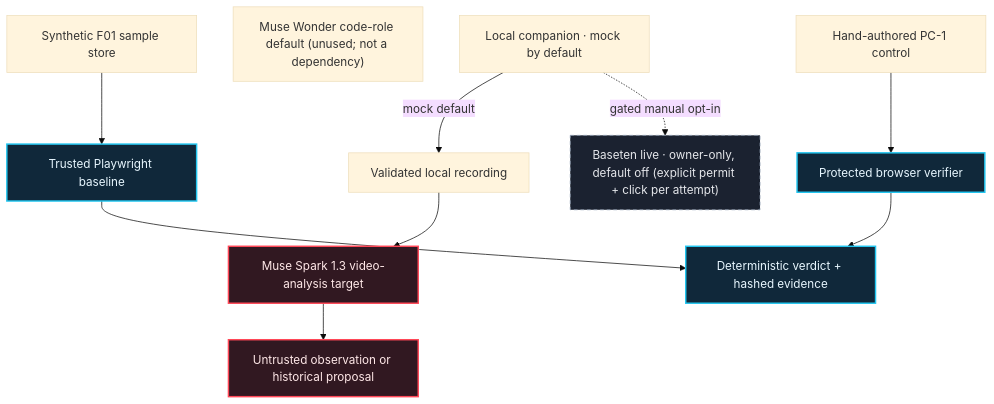
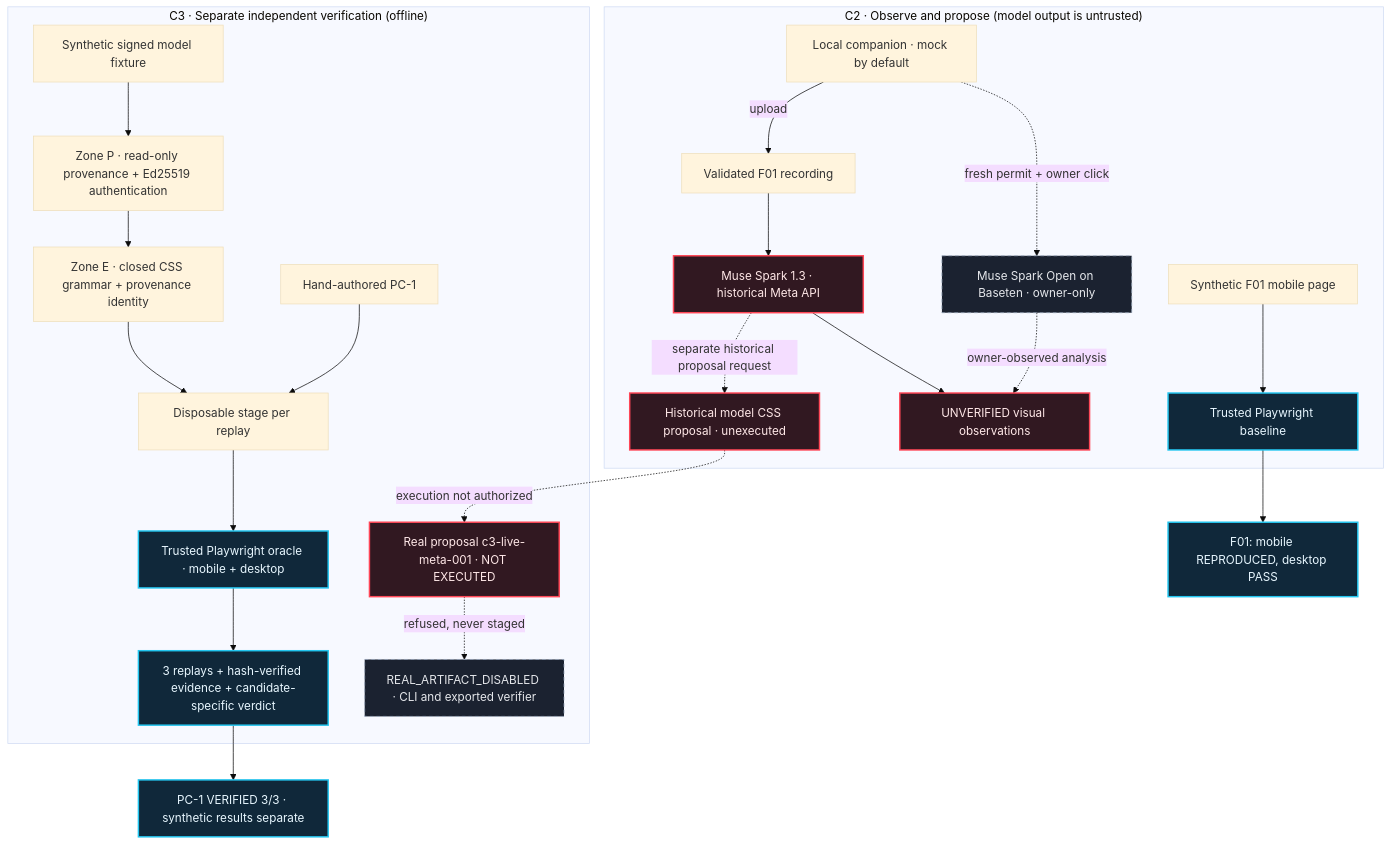
One commit to mrdzyn/proofpilot-ai changed the diagram in README.md. Above: the diagram before and after it, drawn with Mermaid (base theme). The commit also changed other lines of this file and 5 other files, not shown here.

First line of the commit message:
docs: document accepted Baseten F01 analysis and judge demo (#42)

````diff
--- a/README.md
+++ b/README.md
@@ -73,27 +154,47 @@
 ```mermaid
 flowchart TB
-    F["Synthetic F01 sample store"]
-    O["Trusted Playwright baseline"]
-    V["Validated local recording"]
-    S["Muse Spark 1.3 video-analysis target"]
-    H["Untrusted observation or historical proposal"]
-    W["Muse Wonder code-role default (unused; not a dependency)"]
-    C["Hand-authored PC-1 control"]
-    R["Protected browser verifier"]
-    E["Deterministic verdict + hashed evidence"]
-    L["Local companion · mock by default"]
-    B["Baseten live · owner-only, default off (explicit permit + click per attempt)"]
+    subgraph C2["C2 · Observe and propose (model output is untrusted)"]
+        F["Synthetic F01 mobile page"]
+        O["Trusted Playwright baseline"]
+        V["Validated F01 recording"]
+        M["Muse Spark 1.3 · historical Meta API"]
+        U["UNVERIFIED visual observations"]
+        P["Historical model CSS proposal · unexecuted"]
+        L["Local companion · mock by default"]
+        B["Muse Spark Open on Baseten · owner-only"]
 
-    F --> O --> E
-    V --> S --> H
-    C --> R --> E
-    L -->|"mock default"| V
-    L -. "gated manual opt-in" .-> B
+        F --> O
+        V --> M --> U
+        M -. "separate historical proposal request" .-> P
+        L -->|"upload"| V
+        L -. "fresh permit + owner click" .-> B
+        B -. "owner-observed analysis" .-> U
+    end
+
+    subgraph C3["C3 · Separate independent verification (offline)"]
+        S["Synthetic signed model fixture"]
+        ZP["Zone P · read-only provenance + Ed25519 authentication"]
+        ZE["Zone E · closed CSS grammar + provenance identity"]
+        PC["Hand-authored PC-1"]
+        ST["Disposable stage per replay"]
+        R["Trusted Playwright oracle · mobile + desktop"]
+        EV["3 replays + hash-verified evidence + candidate-specific verdict"]
+        REAL["Real proposal c3-live-meta-001 · NOT EXECUTED"]
+        BLOCK["REAL_ARTIFACT_DISABLED · CLI and exported verifier"]
+
+        S --> ZP --> ZE --> ST
+        PC --> ST --> R --> EV
+        REAL -. "refused, never staged" .-> BLOCK
+    end
+
+    O --> F01["F01: mobile REPRODUCED, desktop PASS"]
+    P -. "execution not authorized" .-> REAL
+    EV --> PCRES["PC-1 VERIFIED 3/3 · synthetic results separate"]
 
     classDef trusted fill:#10283a,color:#e8f7ff,stroke:#22c6f0,stroke-width:2px
     classDef untrusted fill:#311821,color:#ffe8e8,stroke:#ff4757,stroke-width:2px
     classDef gated fill:#1b2230,color:#e5e7eb,stroke:#94a3b8,stroke-dasharray:5 4
-    class O,R,E trusted
-    class S,H untrusted
-    class B gated
+    class O,F01,R,EV,PCRES trusted
+    class M,U,P,REAL untrusted
+    class B,BLOCK gated
 ```
````
